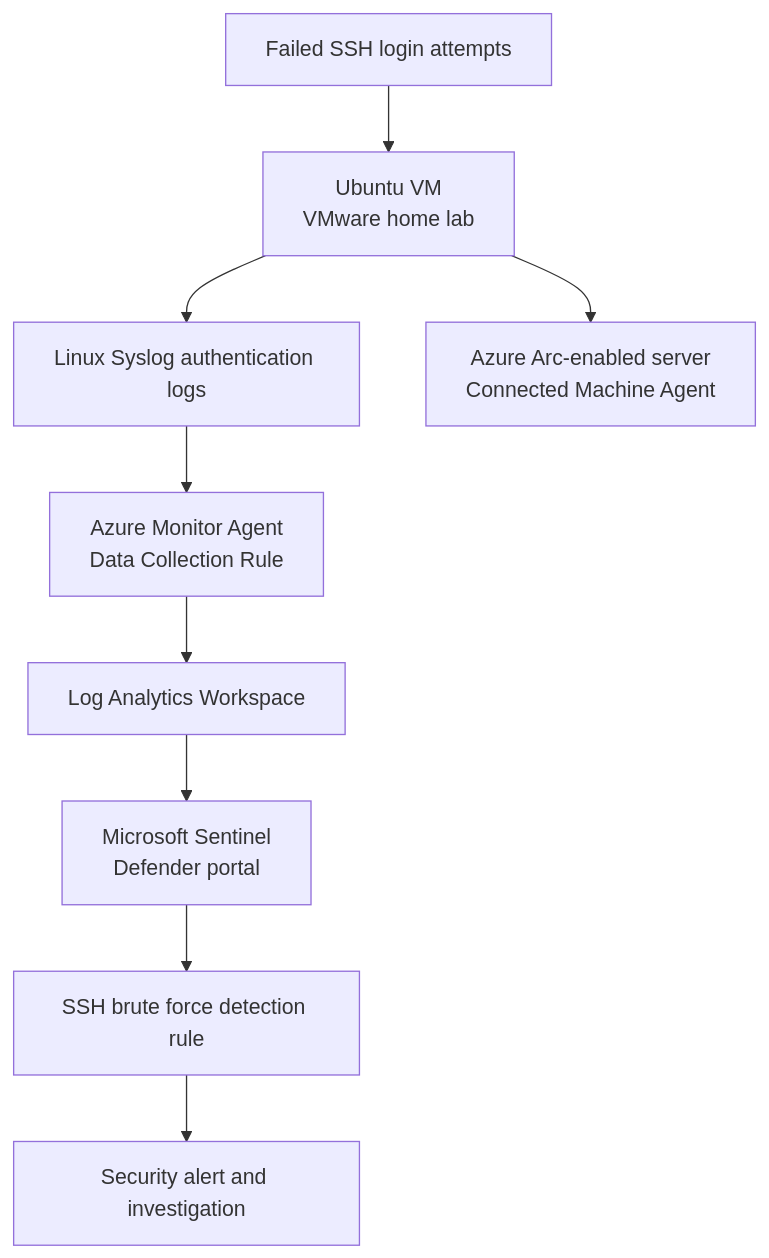
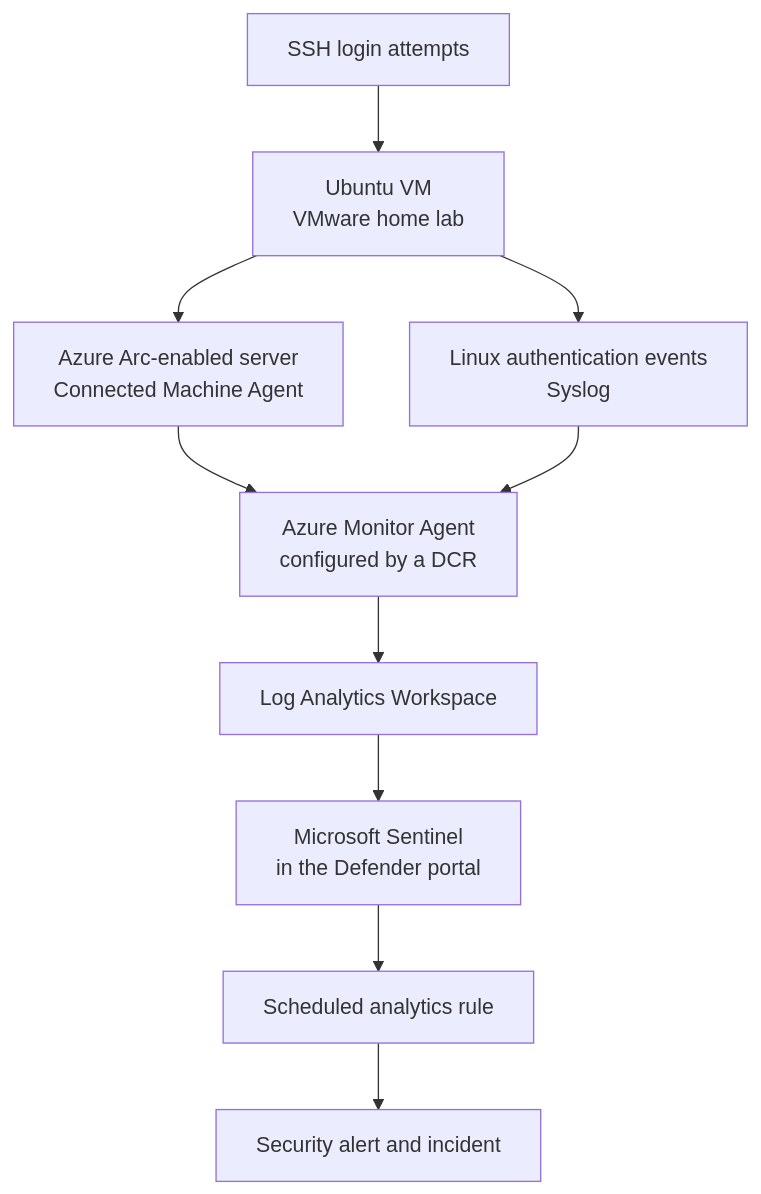
The diagram in README.md (alwa-a5/Azure-Arc-Detection-Lab), drawn with Mermaid before and after one commit. The commit also changed other lines of this file, not shown here.

Commit message:
Correct README image order and Azure detection workflow

````diff
--- a/README.md
+++ b/README.md
@@ -7,11 +7,12 @@
 ```mermaid
 flowchart TD
-    A["Failed SSH login attempts"] --> B["Ubuntu VM<br/>VMware home lab"]
-    B --> C["Linux Syslog authentication logs"]
+    A["SSH login attempts"] --> B["Ubuntu VM<br/>VMware home lab"]
+    B --> C["Linux authentication events<br/>Syslog"]
     B --> D["Azure Arc-enabled server<br/>Connected Machine Agent"]
-    C --> E["Azure Monitor Agent<br/>Data Collection Rule"]
+    D --> E["Azure Monitor Agent<br/>configured by a DCR"]
+    C --> E
     E --> F["Log Analytics Workspace"]
-    F --> G["Microsoft Sentinel<br/>Defender portal"]
-    G --> H["SSH brute force detection rule"]
-    H --> I["Security alert and investigation"]
+    F --> G["Microsoft Sentinel<br/>in the Defender portal"]
+    G --> H["Scheduled analytics rule"]
+    H --> I["Security alert and incident"]
 ```
````
